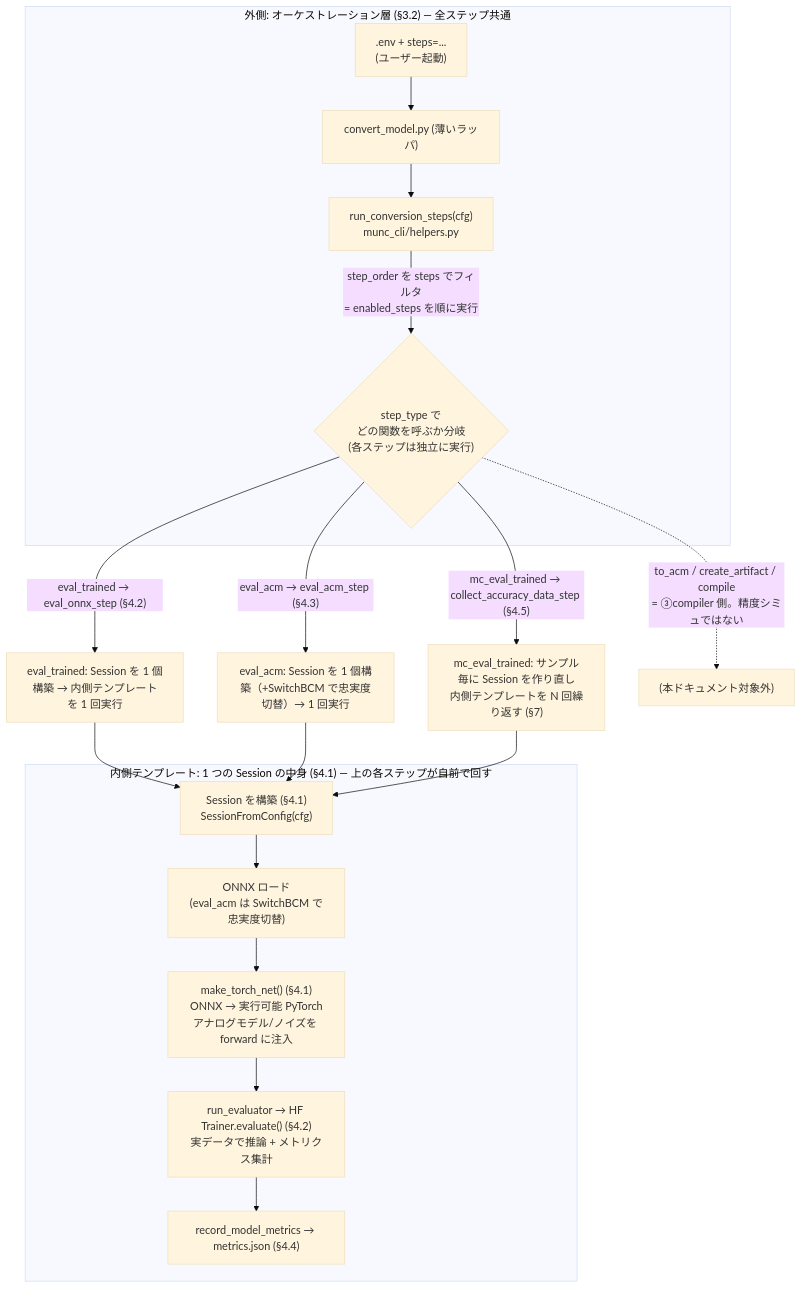
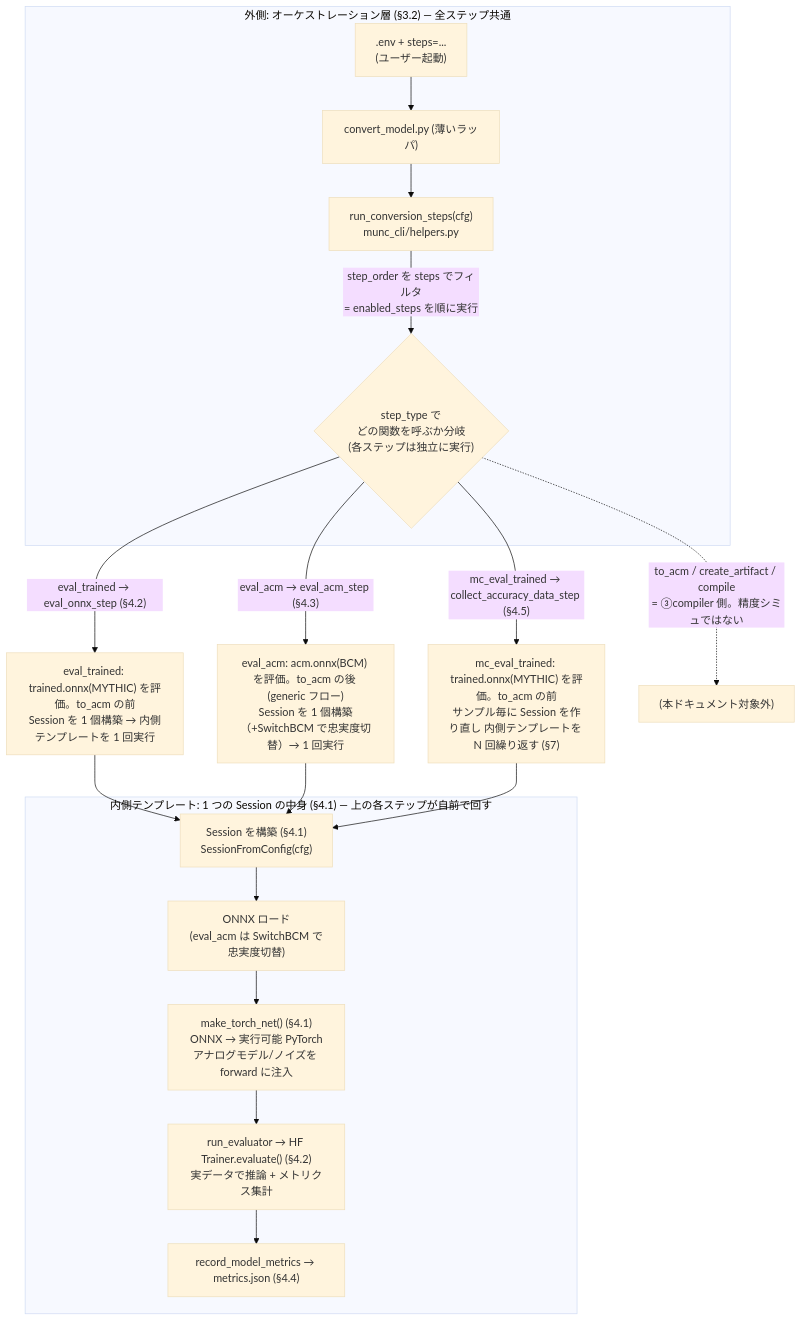
Before and after one commit to ktoshima99/mythic-sdk-exploration: the diagram in doc/reverse-engineering/03_accuracy_simulation.md, drawn with Mermaid (base theme). The commit also changed other lines of this file and 1 other file, not shown here.

First line of the commit message:
Clarify eval_acm's position in flow diagrams (docs 00 and 03)

````diff
--- a/doc/reverse-engineering/03_accuracy_simulation.md
+++ b/doc/reverse-engineering/03_accuracy_simulation.md
@@ -83,24 +89,24 @@
 ```mermaid
 flowchart TD
     subgraph OUTER["外側: オーケストレーション層 (§3.2) — 全ステップ共通"]
         ENV[".env + steps=...<br/>(ユーザー起動)"] --> CM["convert_model.py (薄いラッパ)"]
         CM --> RCS["run_conversion_steps(cfg)<br/>munc_cli/helpers.py"]
         RCS -->|"step_order を steps でフィルタ<br/>= enabled_steps を順に実行"| PICK{"step_type で<br/>どの関数を呼ぶか分岐<br/>(各ステップは独立に実行)"}
     end
 
     PICK -->|"eval_trained → eval_onnx_step (§4.2)"| S1
     PICK -->|"eval_acm → eval_acm_step (§4.3)"| S2
     PICK -->|"mc_eval_trained → collect_accuracy_data_step (§4.5)"| S3
     PICK -.->|"to_acm / create_artifact / compile<br/>= ③compiler 側。精度シミュではない"| SKIP["(本ドキュメント対象外)"]
 
-    S1["eval_trained: Session を 1 個構築 → 内側テンプレートを 1 回実行"] --> INNER
-    S2["eval_acm: Session を 1 個構築（+SwitchBCM で忠実度切替）→ 1 回実行"] --> INNER
-    S3["mc_eval_trained: サンプル毎に Session を作り直し<br/>内側テンプレートを N 回繰り返す (§7)"] --> INNER
+    S1["eval_trained: trained.onnx(MYTHIC) を評価。to_acm の前<br/>Session を 1 個構築 → 内側テンプレートを 1 回実行"] --> INNER
+    S2["eval_acm: acm.onnx(BCM) を評価。to_acm の後 (generic フロー)<br/>Session を 1 個構築（+SwitchBCM で忠実度切替）→ 1 回実行"] --> INNER
+    S3["mc_eval_trained: trained.onnx(MYTHIC) を評価。to_acm の前<br/>サンプル毎に Session を作り直し 内側テンプレートを N 回繰り返す (§7)"] --> INNER
 
     subgraph INNERBOX["内側テンプレート: 1 つの Session の中身 (§4.1) — 上の各ステップが自前で回す"]
         INNER["Session を構築 (§4.1)<br/>SessionFromConfig(cfg)"] --> SESS["ONNX ロード<br/>(eval_acm は SwitchBCM で忠実度切替)"]
         SESS --> TN["make_torch_net() (§4.1)<br/>ONNX → 実行可能 PyTorch<br/>アナログモデル/ノイズを forward に注入"]
         TN --> EVAL["run_evaluator → HF Trainer.evaluate() (§4.2)<br/>実データで推論 + メトリクス集計"]
         EVAL --> OUT["record_model_metrics → metrics.json (§4.4)"]
     end
 ```
````
